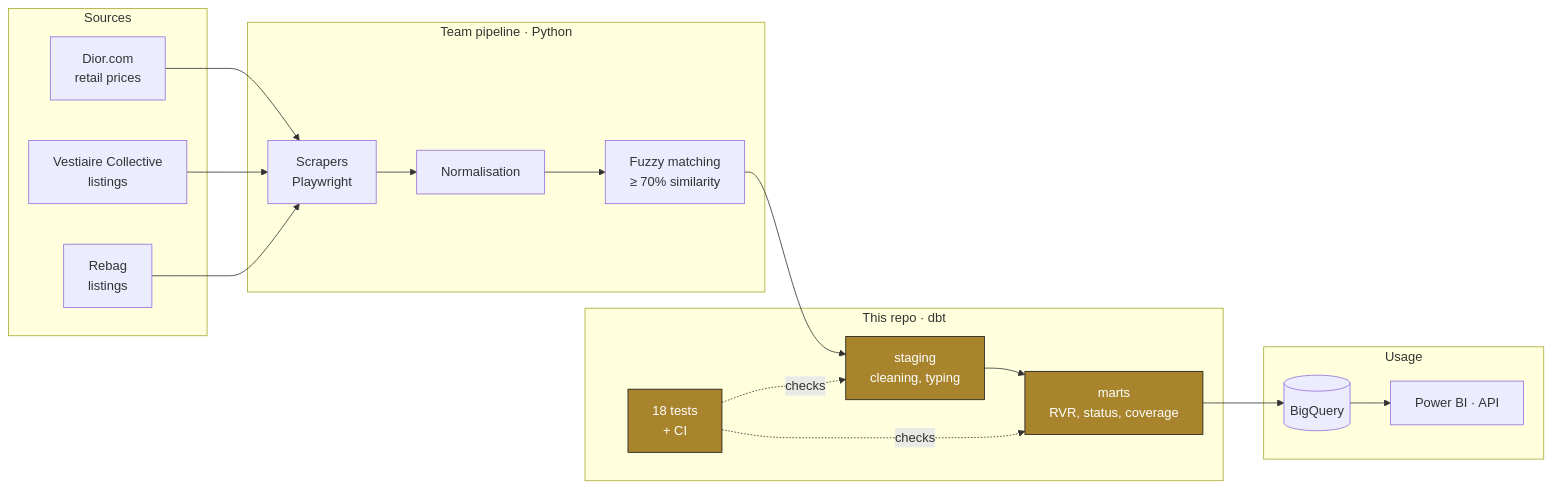
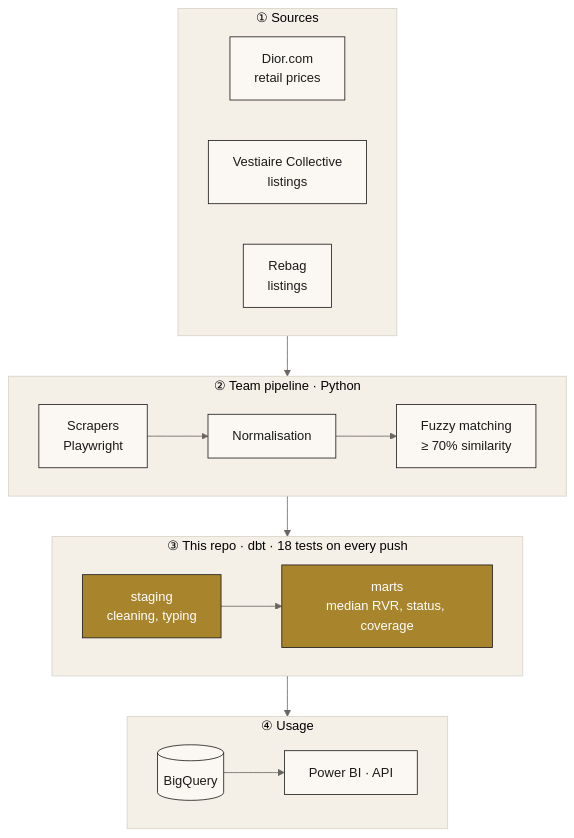
One commit to MosesKing/dior-rvr-dbt changed the first of 3 diagrams in README.en.md. Above: the diagram before and after it, drawn with Mermaid. The commit also changed other lines of this file and 2 other files, not shown here.

Commit message:
README: clearer diagrams, consistent palette, count SQL in languages

````diff
--- a/README.en.md
+++ b/README.en.md
@@ -64,31 +64,26 @@
 ```mermaid
-flowchart LR
-    subgraph S["Sources"]
+%%{init: {'theme':'base','themeVariables':{'primaryColor':'#FBF8F3','primaryBorderColor':'#1A1A1A','primaryTextColor':'#1A1A1A','lineColor':'#6B6460','clusterBkg':'#F4EFE7','clusterBorder':'#D9D2C7','edgeLabelBackground':'#FFFFFF','fontFamily':'Helvetica, Arial, sans-serif'}}}%%
+flowchart TB
+    subgraph S["① Sources"]
+        direction LR
         D[Dior.com<br/>retail prices]
         V[Vestiaire Collective<br/>listings]
         R[Rebag<br/>listings]
     end
-    subgraph P["Team pipeline · Python"]
-        SC[Scrapers<br/>Playwright]
-        N[Normalisation]
-        M[Fuzzy matching<br/>≥ 70% similarity]
+    subgraph P["② Team pipeline · Python"]
+        direction LR
+        SC[Scrapers<br/>Playwright] --> N[Normalisation] --> M[Fuzzy matching<br/>≥ 70% similarity]
     end
-    subgraph T["This repo · dbt"]
-        STG[staging<br/>cleaning, typing]
-        MART[marts<br/>RVR, status, coverage]
-        TST[18 tests<br/>+ CI]
+    subgraph T["③ This repo · dbt · 18 tests on every push"]
+        direction LR
+        STG[staging<br/>cleaning, typing] --> MART[marts<br/>median RVR, status, coverage]
     end
-    subgraph U["Usage"]
-        BQ[(BigQuery)]
-        BI[Power BI · API]
+    subgraph U["④ Usage"]
+        direction LR
+        BQ[(BigQuery)] --> BI[Power BI · API]
     end
-    D --> SC
-    V --> SC
-    R --> SC
-    SC --> N --> M --> STG --> MART --> BQ --> BI
-    TST -. checks .-> STG
-    TST -. checks .-> MART
+    S --> P --> T --> U
 
     classDef dbt fill:#A8842C,stroke:#1A1A1A,color:#FFFFFF
-    class STG,MART,TST dbt
+    class STG,MART dbt
 ```
````
